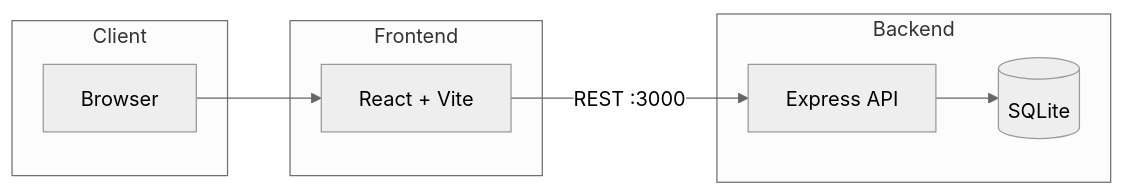
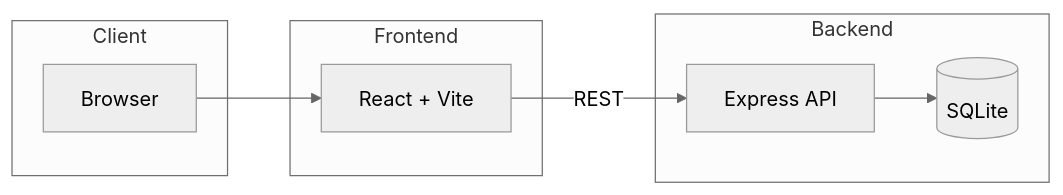
One commit to onlyonehas/project-tracker changed the diagram in README.md. Above: the diagram before and after it, drawn with Mermaid (neutral theme).

Commit message:
fix: improve Mermaid diagram for GitHub rendering
- Reduce indentation inside code block (GitHub can fail with 4-space indent)
- Remove blank lines between subgraphs
- Simplify edge label |REST :3000| to |REST| to avoid parsing issues

````diff
--- a/README.md
+++ b/README.md
@@ -14,19 +14,16 @@
 ```mermaid
 flowchart LR
-    subgraph Client
-        Browser[Browser]
-    end
-
-    subgraph Frontend
-        React[React + Vite]
-    end
-
-    subgraph Backend
-        Express[Express API]
-        SQLite[(SQLite)]
-    end
-
-    Browser --> React
-    React -->|REST :3000| Express
-    Express --> SQLite
+  subgraph Client
+    Browser[Browser]
+  end
+  subgraph Frontend
+    React[React + Vite]
+  end
+  subgraph Backend
+    Express[Express API]
+    SQLite[(SQLite)]
+  end
+  Browser --> React
+  React -->|REST| Express
+  Express --> SQLite
 ```
````
